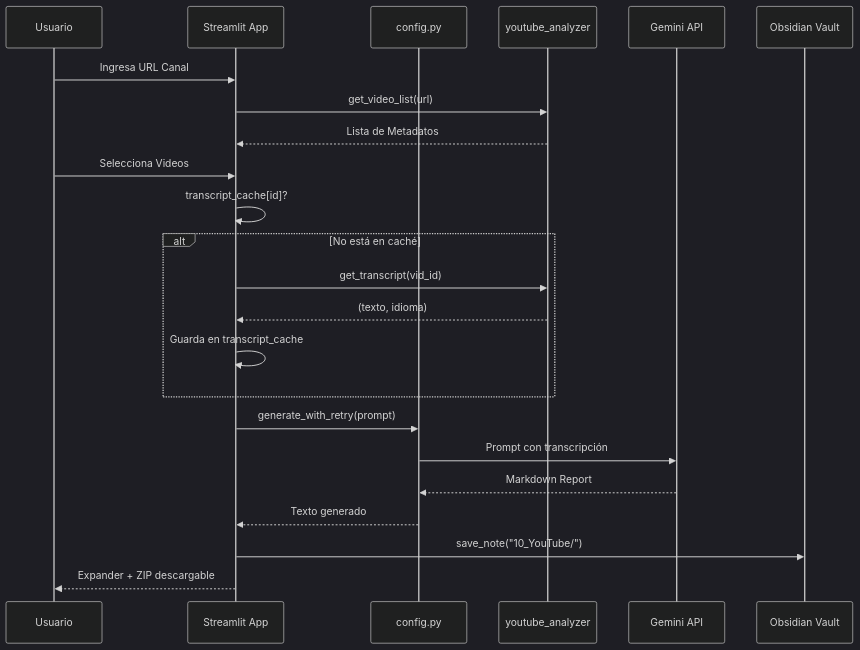
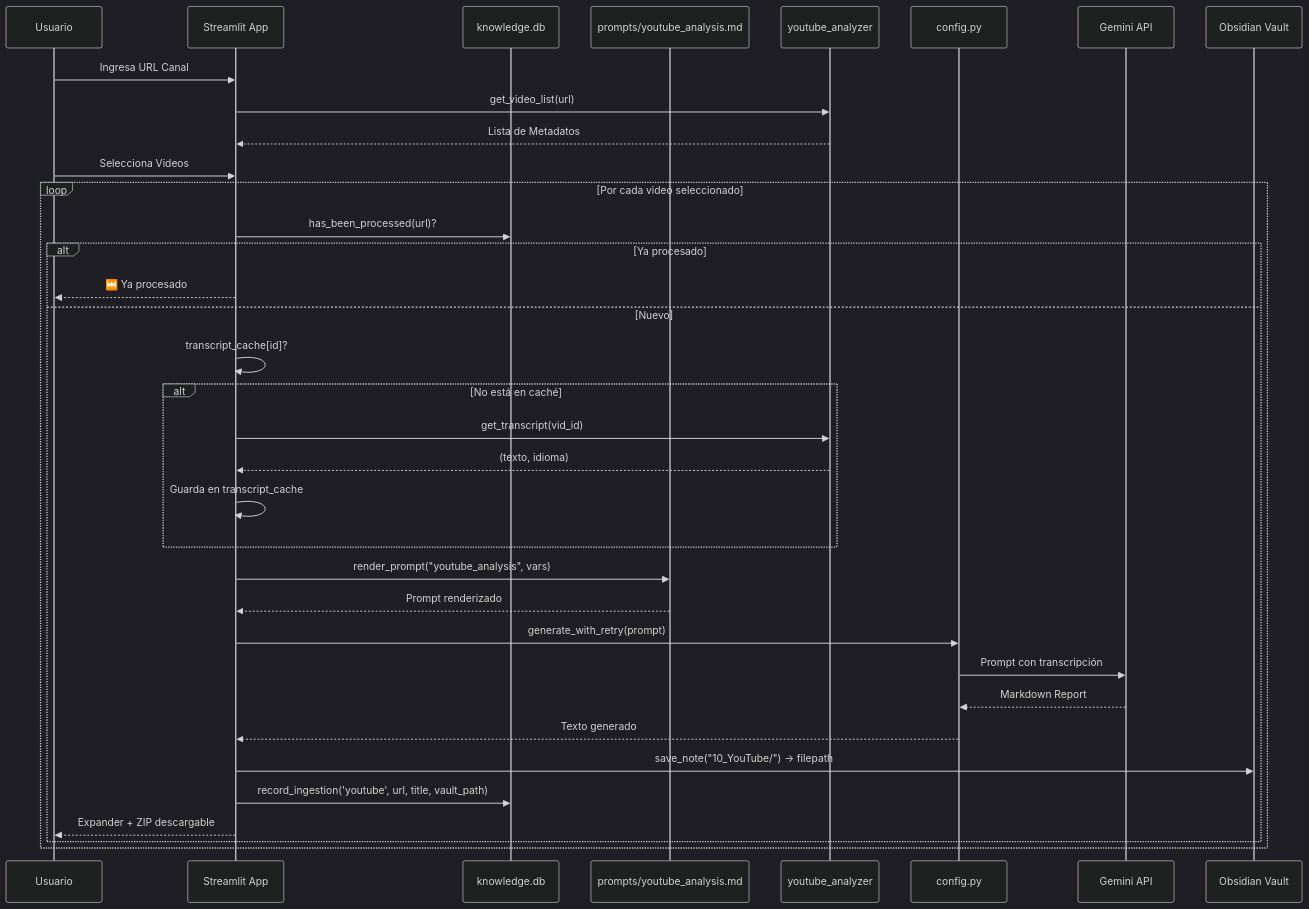
One commit to luuisaguilar/deep-audit-knowledge-engine changed the first of 8 diagrams in docs/FLOWS.md. Above: the diagram before and after it, drawn with Mermaid (dark theme). The commit also changed other lines of this file and 7 other files, not shown here.

````diff
--- a/docs/FLOWS.md
+++ b/docs/FLOWS.md
@@ -5,26 +5,38 @@
 ```mermaid
 sequenceDiagram
     participant U as Usuario
     participant S as Streamlit App
+    participant DB as knowledge.db
+    participant PT as prompts/youtube_analysis.md
+    participant A as youtube_analyzer
     participant C as config.py
-    participant A as youtube_analyzer
     participant G as Gemini API
     participant V as Obsidian Vault
 
     U->>S: Ingresa URL Canal
     S->>A: get_video_list(url)
     A-->>S: Lista de Metadatos
     U->>S: Selecciona Videos
-    S->>S: transcript_cache[id]?
-    alt No está en caché
-        S->>A: get_transcript(vid_id)
-        A-->>S: (texto, idioma)
-        S->>S: Guarda en transcript_cache
+    loop Por cada video seleccionado
+        S->>DB: has_been_processed(url)?
+        alt Ya procesado
+            S-->>U: ⏭️ Ya procesado
+        else Nuevo
+            S->>S: transcript_cache[id]?
+            alt No está en caché
+                S->>A: get_transcript(vid_id)
+                A-->>S: (texto, idioma)
+                S->>S: Guarda en transcript_cache
+            end
+            S->>PT: render_prompt("youtube_analysis", vars)
+            PT-->>S: Prompt renderizado
+            S->>C: generate_with_retry(prompt)
+            C->>G: Prompt con transcripción
+            G-->>C: Markdown Report
+            C-->>S: Texto generado
+            S->>V: save_note("10_YouTube/") → filepath
+            S->>DB: record_ingestion('youtube', url, title, vault_path)
+            S-->>U: Expander + ZIP descargable
+        end
     end
-    S->>C: generate_with_retry(prompt)
-    C->>G: Prompt con transcripción
-    G-->>C: Markdown Report
-    C-->>S: Texto generado
-    S->>V: save_note("10_YouTube/")
-    S-->>U: Expander + ZIP descargable
 ```
````
